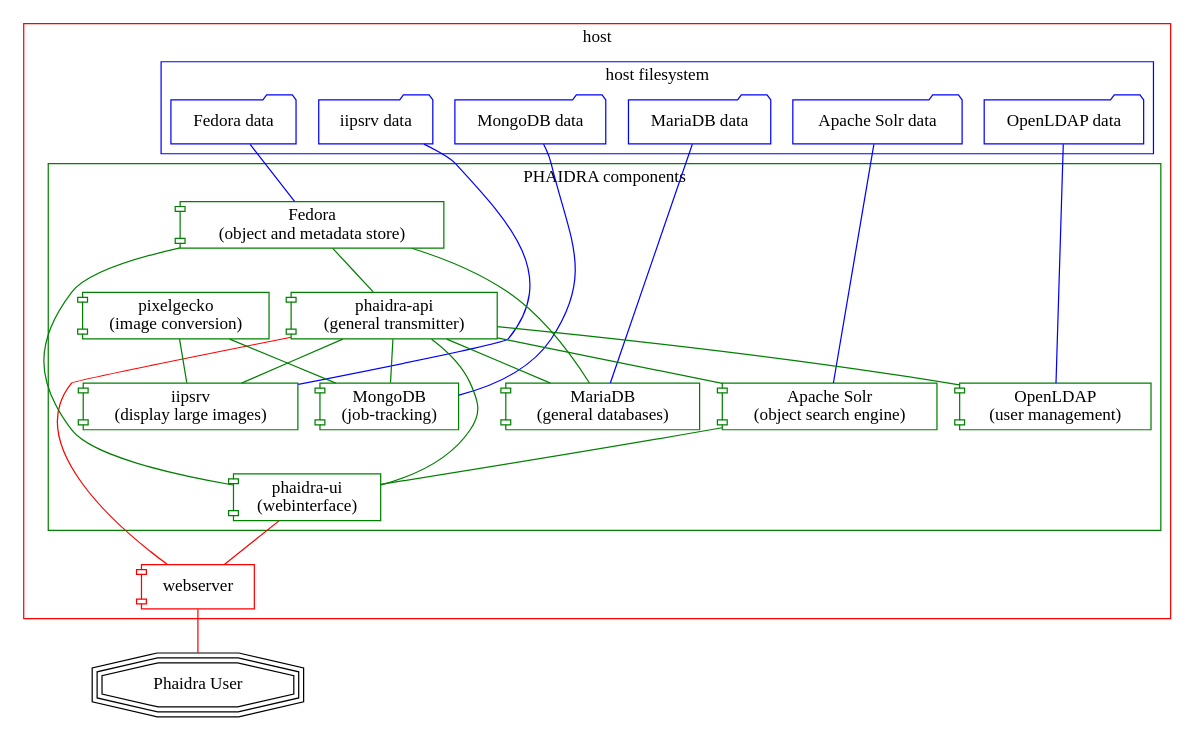
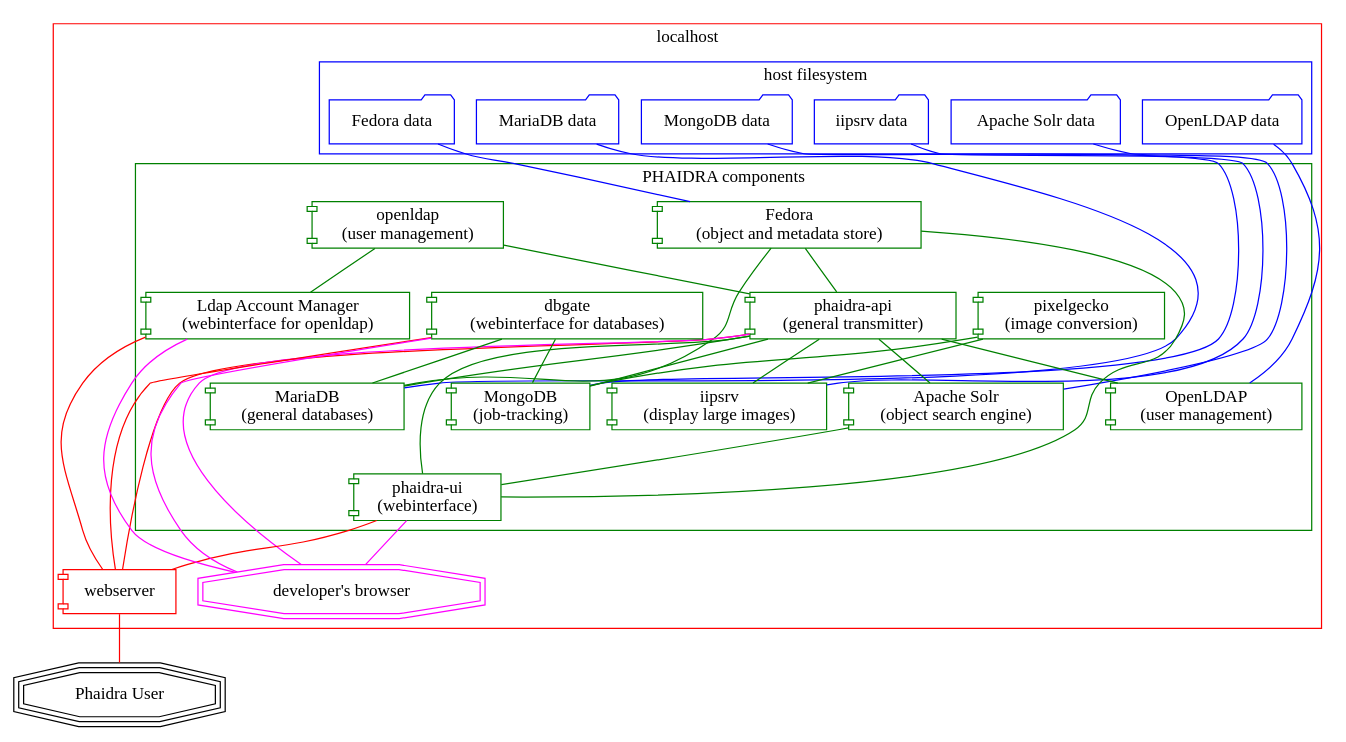
The diagram in README.org (phaidra/phaidra), drawn with Graphviz before and after one commit. The commit also changed 1 other file, not shown here.

Commit message:
update graph.

```diff
--- a/README.org
+++ b/README.org
@@ -128,10 +128,11 @@
     graph G {
         graph [rankdir="TB"]
         subgraph cluster_host {
-            label = "host";
+            label = "localhost";
             color = red;
             node [shape = component, style = solid, color = red]
             a1 [label="webserver"];
+            a2 [label="developer's browser", shape = doubleoctagon, color = magenta];
             subgraph cluster_host_storage {
                 label = "host filesystem";
                 node [shape = folder, style = solid, color = blue]
@@ -156,6 +157,9 @@
                 c7 [label="Apache Solr\n(object search engine)", URL="https://solr.apache.org/"];
                 c8 [label="iipsrv\n(display large images)", URL="https://github.com/ruven/iipsrv"];
                 c9 [label="pixelgecko\n(image conversion)"]
+                c10 [label="dbgate\n(webinterface for databases)"]
+                c11 [label="openldap\n(user management)"]
+                c12 [label="Ldap Account Manager\n(webinterface for openldap)"]
             }}
 
         d1 [label="Phaidra User", shape = tripleoctagon, style = solid]
@@ -172,6 +176,11 @@
             c2 -- c7 [color="green"];
             c9 -- c8 [color="green"];
             c9 -- c4 [color="green"];
+            c10 -- c3 [color="green"];
+            c10 -- c4 [color="green"];
+            c11 -- c12 [color="green"];
+            c11 -- c2 [color="green"];
+
 
             b1 -- c1 [color="blue"];
             b2 -- c3 [color="blue"];
@@ -181,8 +190,21 @@
             b6 -- c6 [color="blue"];
 
             a1 -- d1 [color="red"];
-            c2 -- a1 [color="red"];
-            c5 -- a1 [color="red"];
+
+
+            c2,c5 -- a1 [color="red"];
+
+            c10 -- a1 [color="red"];
+            c12 -- a1 [color="red"];
+
+            c2 -- a2 [color="magenta"];
+            c5 -- a2 [color="magenta"];
+            c10 -- a2 [color="magenta"];
+            c12 -- a2 [color="magenta"];
+
+
+
+
 
     }
   #+end_src
```
